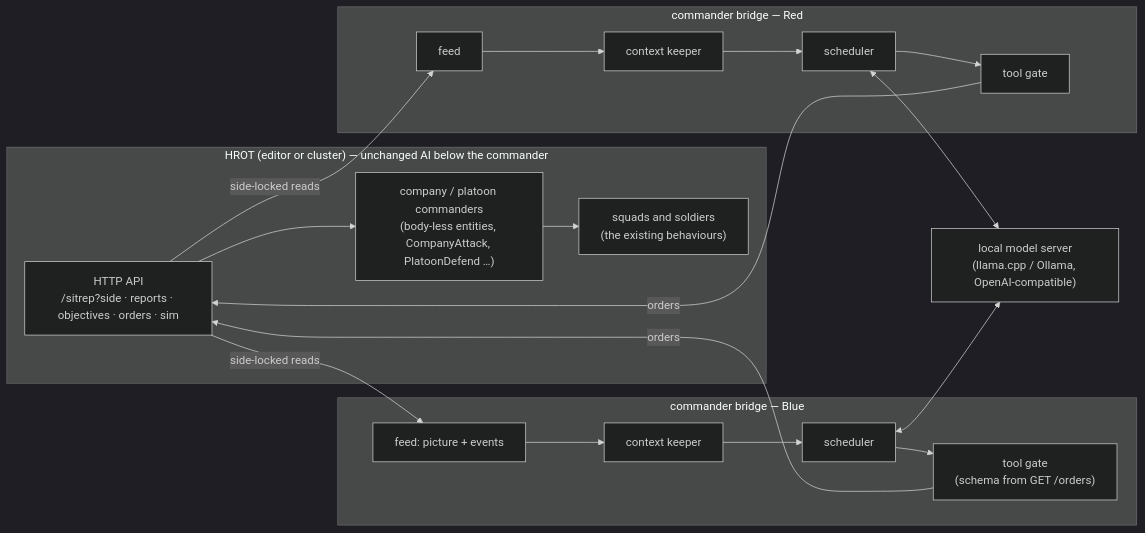
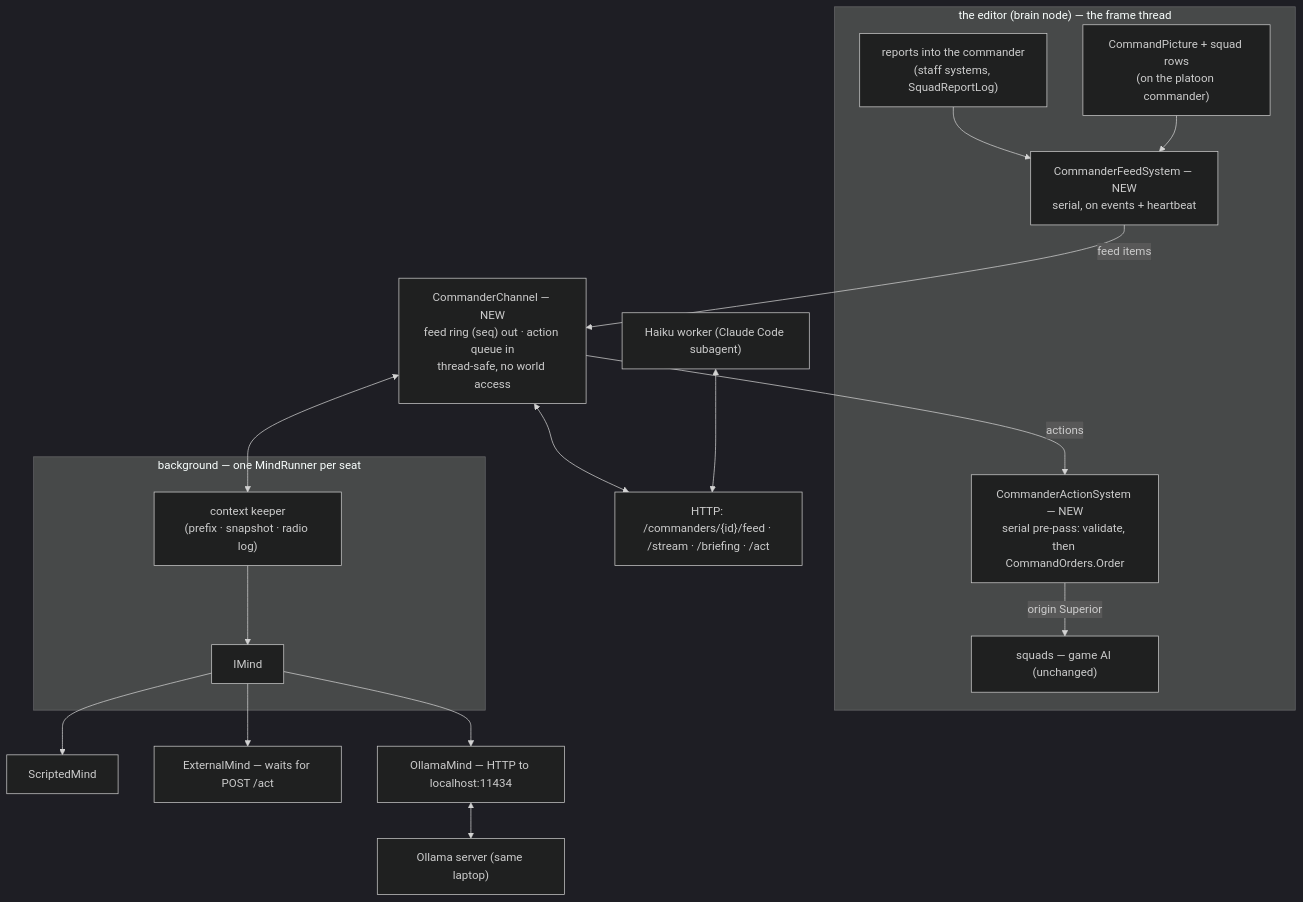
One commit to pjanec/HROT changed the first of 3 diagrams in docs/designs/llm-commander/DESIGN_LLM_Commander.md. Above: the diagram before and after it, drawn with Mermaid (dark theme). The commit also changed other lines of this file and 1 other file, not shown here.

First line of the commit message:
Design (preliminary, rev 2): the LLM commander bridge inside HROT — a platoon commander first, the feed stream, scripted / Haiku worker / Ollama minds

````diff
--- a/docs/designs/llm-commander/DESIGN_LLM_Commander.md
+++ b/docs/designs/llm-commander/DESIGN_LLM_Commander.md
@@ -31,25 +51,29 @@
 ```mermaid
-graph LR
-  subgraph HROT["HROT (editor or cluster) — unchanged AI below the commander"]
-    API["HTTP API<br/>/sitrep?side · reports · objectives · orders · sim"]
-    CO["company / platoon commanders<br/>(body-less entities, CompanyAttack, PlatoonDefend …)"]
-    SQ["squads and soldiers<br/>(the existing behaviours)"]
-    CO --> SQ
-    API --> CO
+graph TD
+  subgraph NODE["the editor (brain node) — the frame thread"]
+    REP["reports into the commander<br/>(staff systems, SquadReportLog)"]
+    PIC["CommandPicture + squad rows<br/>(on the platoon commander)"]
+    FEED["CommanderFeedSystem — NEW<br/>serial, on events + heartbeat"]
+    ACT["CommanderActionSystem — NEW<br/>serial pre-pass: validate, then CommandOrders.Order"]
+    SQ["squads — game AI (unchanged)"]
+    REP --> FEED
+    PIC --> FEED
+    ACT -->|"origin Superior"| SQ
   end
-  subgraph BB["commander bridge — Blue"]
-    BF["feed: picture + events"] --> BC["context keeper"]
-    BC --> BS["scheduler"]
-    BS --> BT["tool gate<br/>(schema from GET /orders)"]
+  CH["CommanderChannel — NEW<br/>feed ring (seq) out · action queue in<br/>thread-safe, no world access"]
+  FEED -->|"feed items"| CH
+  CH -->|"actions"| ACT
+  subgraph BG["background — one MindRunner per seat"]
+    CK["context keeper<br/>(prefix · snapshot · radio log)"]
+    MIND["IMind"]
+    CK --> MIND
   end
-  subgraph RB["commander bridge — Red"]
-    RF["feed"] --> RC["context keeper"] --> RS["scheduler"] --> RT["tool gate"]
-  end
-  LLM1["local model server<br/>(llama.cpp / Ollama, OpenAI-compatible)"]
-  API -- "side-locked reads" --> BF
-  API -- "side-locked reads" --> RF
-  BS <--> LLM1
-  RS <--> LLM1
-  BT -- "orders" --> API
-  RT -- "orders" --> API
+  CH <--> CK
+  MIND --> SCR["ScriptedMind"]
+  MIND --> EXT["ExternalMind — waits for POST /act"]
+  MIND --> OLL["OllamaMind — HTTP to localhost:11434"]
+  HTTP["HTTP: /commanders/{id}/feed · /stream · /briefing · /act"]
+  CH <--> HTTP
+  HAIKU["Haiku worker (Claude Code subagent)"] <--> HTTP
+  OLL <--> OS["Ollama server (same laptop)"]
 ```
````
